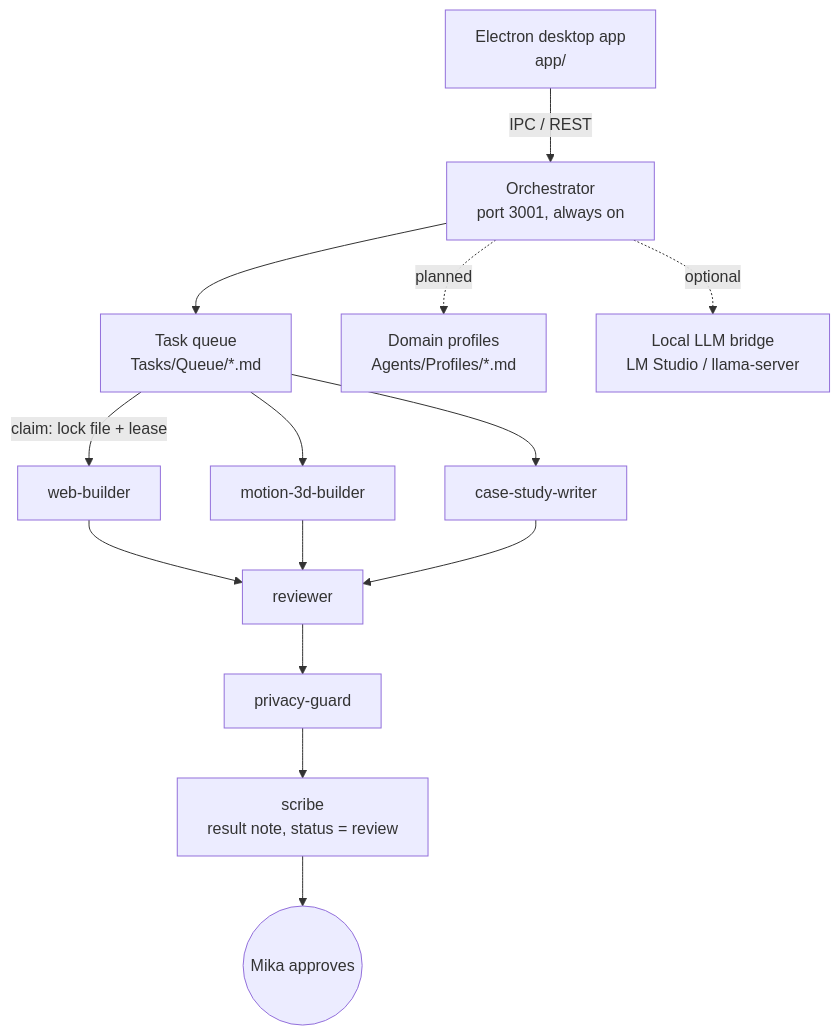
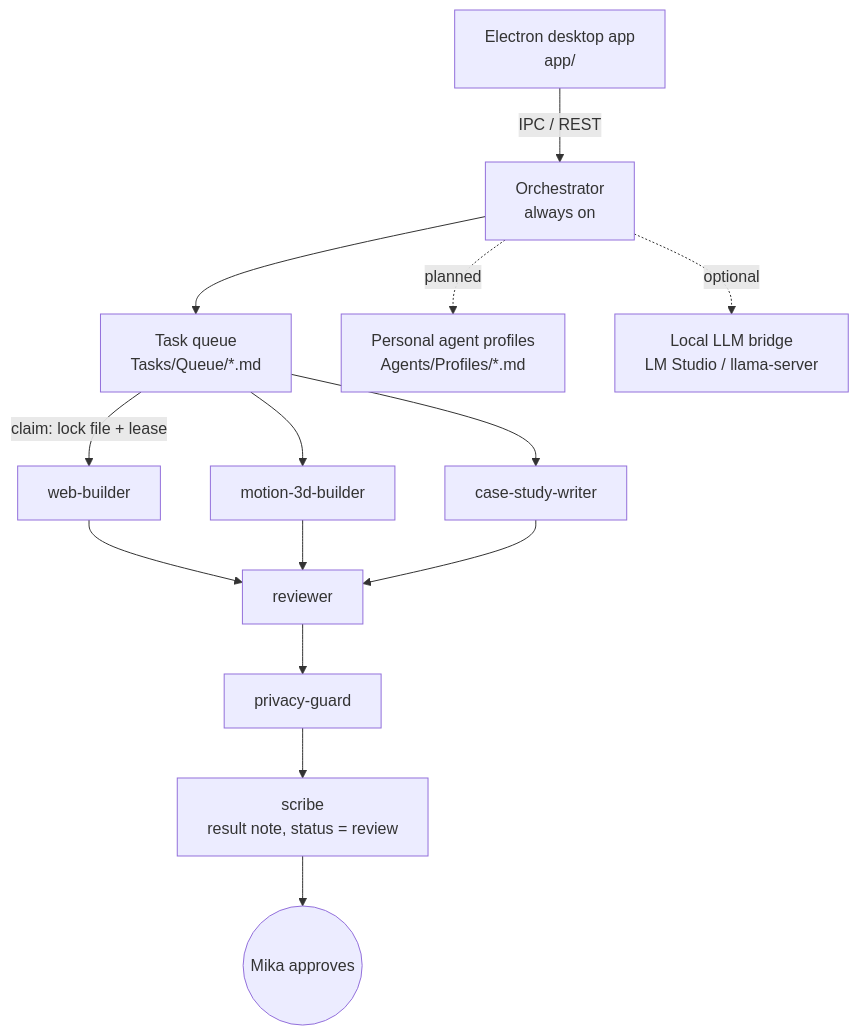
Before and after one commit to mikachamp/champ-os: the diagram in README.md, drawn with Mermaid. The commit also changed other lines of this file and 22 other files, not shown here.

````diff
--- a/README.md
+++ b/README.md
@@ -28,16 +28,16 @@
 ```mermaid
 flowchart TD
-    A[Electron desktop app<br/>app/] -->|IPC / REST| O[Orchestrator<br/>port 3001, always on]
+    A[Electron desktop app<br/>app/] -->|IPC / REST| O[Orchestrator<br/>always on]
     O --> Q[Task queue<br/>Tasks/Queue/*.md]
-    O -.->|planned| P[Domain profiles<br/>Agents/Profiles/*.md]
+    O -.->|planned| P[Personal agent profiles<br/>Agents/Profiles/*.md]
     Q -->|claim: lock file + lease| R1[web-builder]
     Q --> R2[motion-3d-builder]
     Q --> R3[case-study-writer]
     R1 --> RV[reviewer]
     R2 --> RV
     R3 --> RV
     RV --> PG[privacy-guard]
     PG --> SC[scribe<br/>result note, status = review]
     SC --> H((Mika approves))
     O -.->|optional| L[Local LLM bridge<br/>LM Studio / llama-server]
 ```
````
